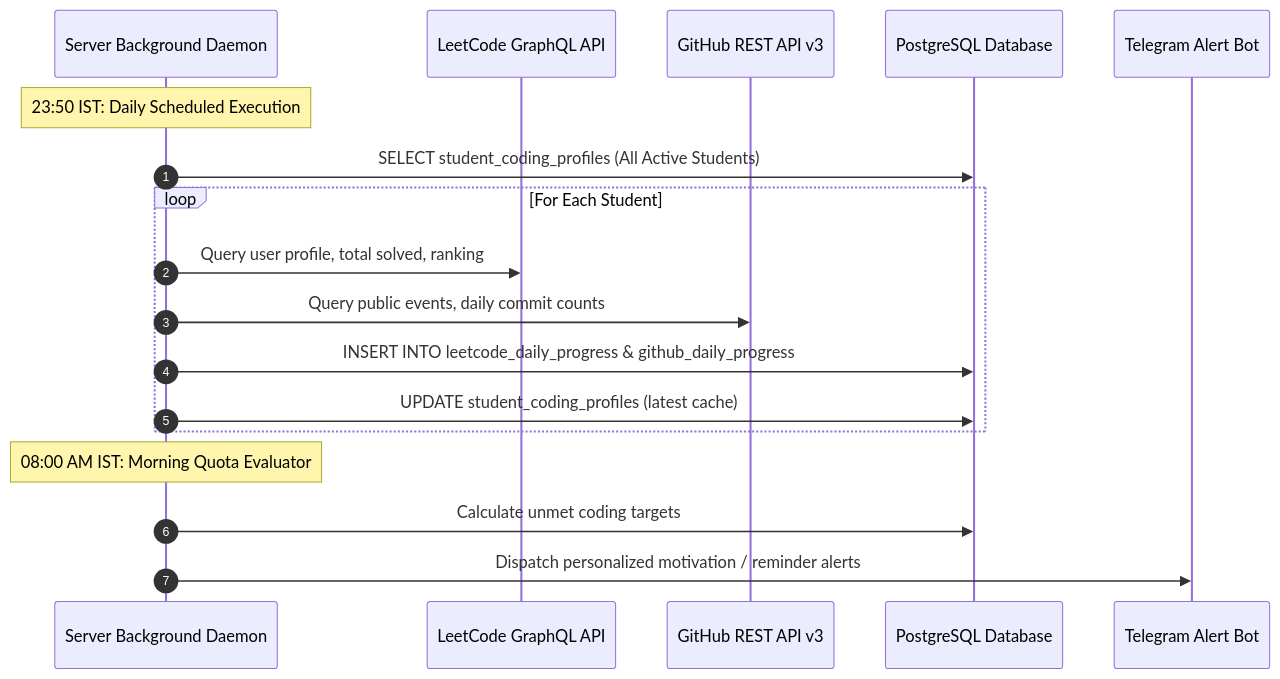
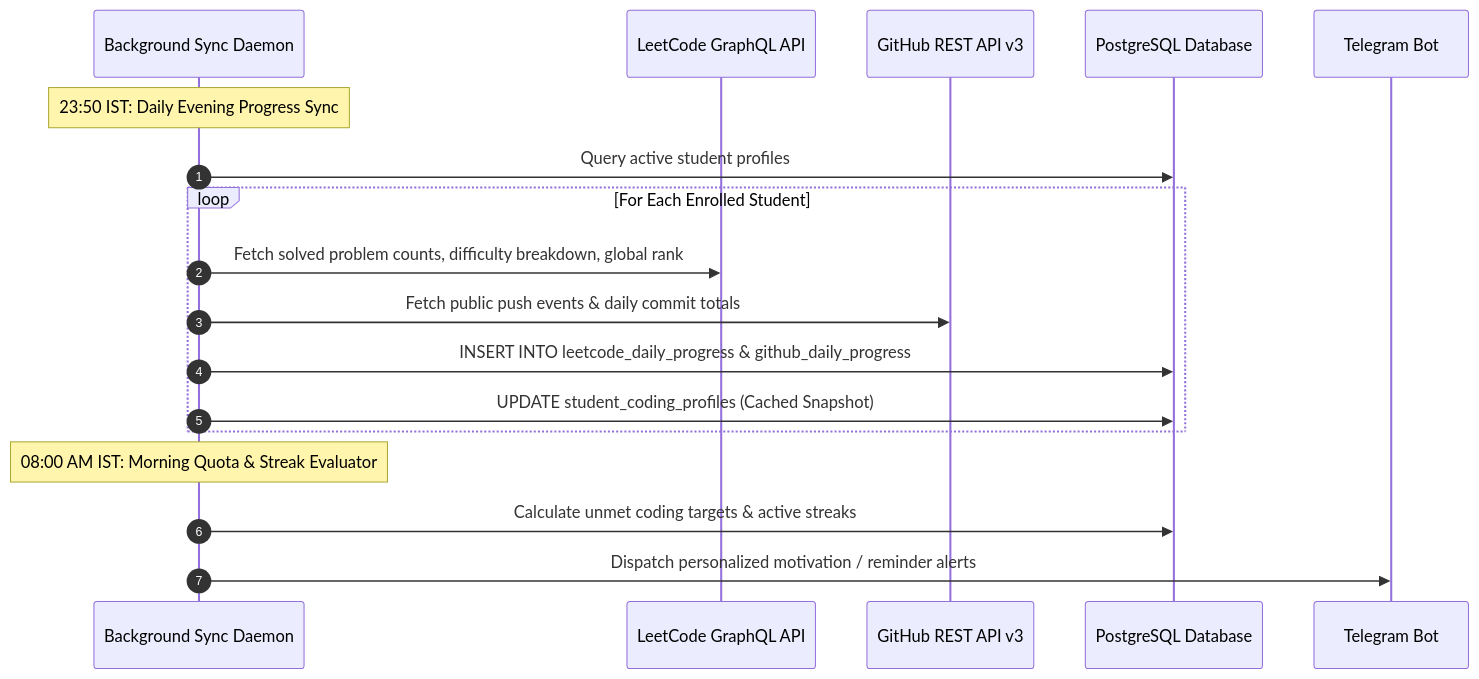
The third of 5 diagrams in README.md (Tharun4743/taskmanager), drawn with Mermaid before and after one commit. The commit also changed other lines of this file and 1 other file, not shown here.

Commit message:
docs(readme): update comprehensive system architecture and fix(scheduler): non-blocking renderping with lock rollback

````diff
--- a/README.md
+++ b/README.md
@@ -145,23 +177,23 @@
 ```mermaid
 sequenceDiagram
     autonumber
-    participant Daemon as Server Background Daemon
+    participant Daemon as Background Sync Daemon
     participant LC as LeetCode GraphQL API
     participant GH as GitHub REST API v3
     participant DB as PostgreSQL Database
-    participant Telegram as Telegram Alert Bot
+    participant Telegram as Telegram Bot
 
-    Note over Daemon: 23:50 IST: Daily Scheduled Execution
-    Daemon->>DB: SELECT student_coding_profiles (All Active Students)
+    Note over Daemon: 23:50 IST: Daily Evening Progress Sync
+    Daemon->>DB: Query active student profiles
     
-    loop For Each Student
-        Daemon->>LC: Query user profile, total solved, ranking
-        Daemon->>GH: Query public events, daily commit counts
+    loop For Each Enrolled Student
+        Daemon->>LC: Fetch solved problem counts, difficulty breakdown, global rank
+        Daemon->>GH: Fetch public push events & daily commit totals
         Daemon->>DB: INSERT INTO leetcode_daily_progress & github_daily_progress
-        Daemon->>DB: UPDATE student_coding_profiles (latest cache)
+        Daemon->>DB: UPDATE student_coding_profiles (Cached Snapshot)
     end
     
-    Note over Daemon: 08:00 AM IST: Morning Quota Evaluator
-    Daemon->>DB: Calculate unmet coding targets
+    Note over Daemon: 08:00 AM IST: Morning Quota & Streak Evaluator
+    Daemon->>DB: Calculate unmet coding targets & active streaks
     Daemon->>Telegram: Dispatch personalized motivation / reminder alerts
 ```
````
